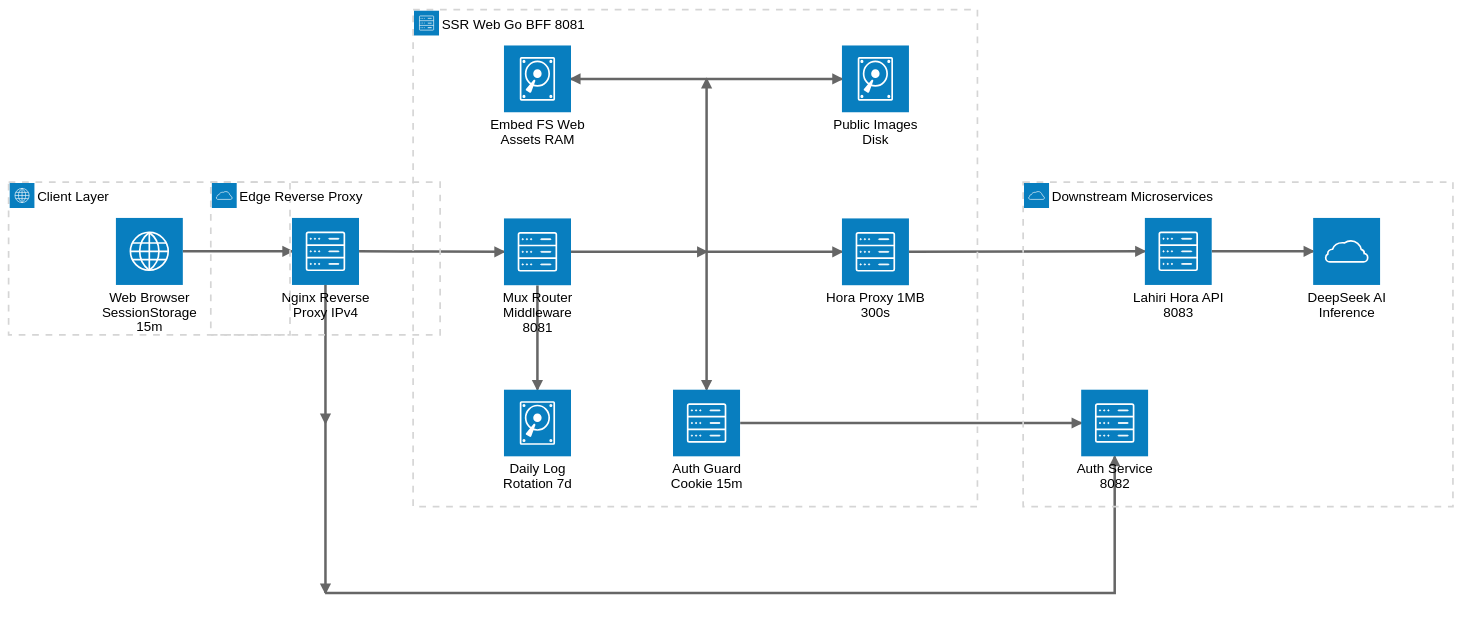
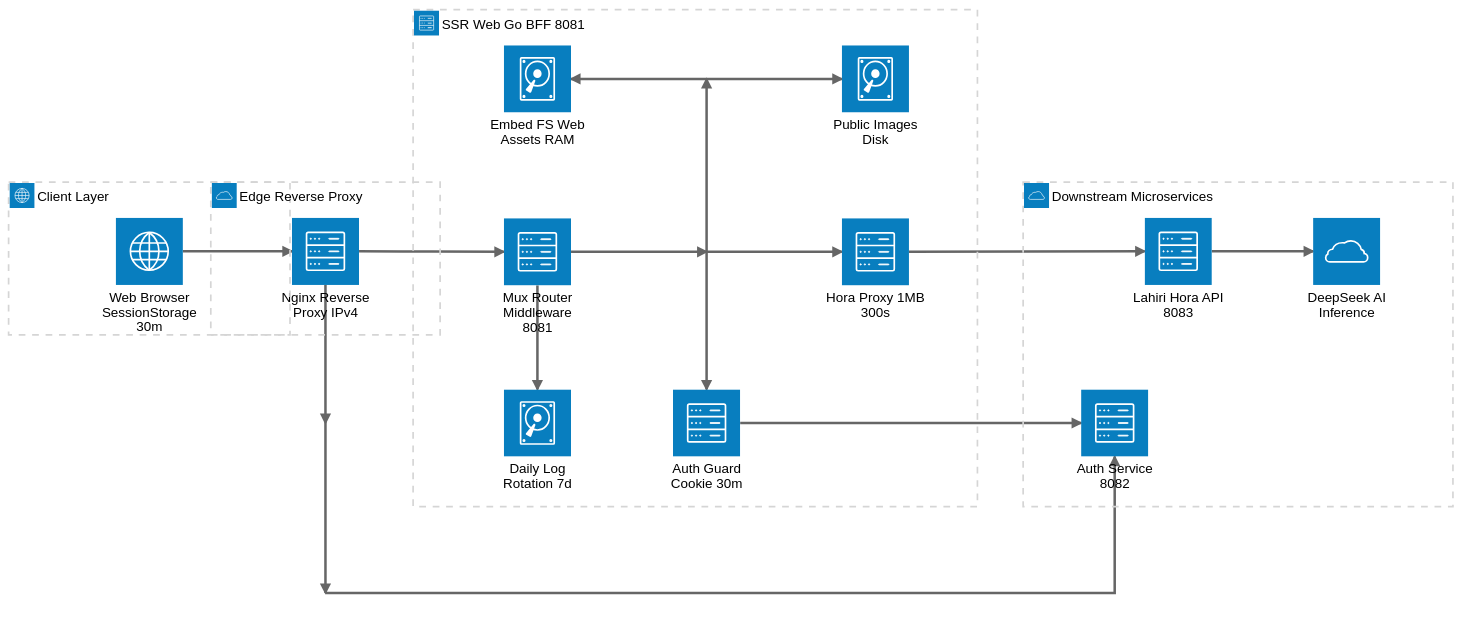
The diagram in ARCHITECTURE.md (thanakrit-promsiri/ssr-web), drawn with Mermaid (neutral theme) before and after one commit. The commit also changed other lines of this file and 7 other files, not shown here.

First line of the commit message:
feat(auth): extend session cookie and sessionStorage TTL to 30 minutes

````diff
--- a/ARCHITECTURE.md
+++ b/ARCHITECTURE.md
@@ -9,46 +9,46 @@
 ```mermaid
 architecture-beta
     group client_tier(internet)[Client Layer]
     group edge_tier(cloud)[Edge Reverse Proxy]
     group ssr_tier(server)[SSR Web Go BFF 8081]
     group backend_tier(cloud)[Downstream Microservices]
 
-    service browser(internet)[Web Browser SessionStorage 15m] in client_tier
+    service browser(internet)[Web Browser SessionStorage 30m] in client_tier
     service nginx(server)[Nginx Reverse Proxy IPv4] in edge_tier
 
     service router(server)[Mux Router Middleware 8081] in ssr_tier
     service embed_fs(disk)[Embed FS Web Assets RAM] in ssr_tier
     service disk_public(disk)[Public Images Disk] in ssr_tier
     service daily_logs(disk)[Daily Log Rotation 7d] in ssr_tier
     service hora_proxy(server)[Hora Proxy 1MB 300s] in ssr_tier
-    service auth_guard(server)[Auth Guard Cookie 15m] in ssr_tier
+    service auth_guard(server)[Auth Guard Cookie 30m] in ssr_tier
 
     junction j_ssr in ssr_tier
     junction j_assets in ssr_tier
     junction j_nginx_api
     junction j_api_route
 
     service hora_svc(server)[Lahiri Hora API 8083] in backend_tier
     service deepseek_ai(cloud)[DeepSeek AI Inference] in backend_tier
     service auth_svc(server)[Auth Service 8082] in backend_tier
 
     browser:R --> L:nginx
     nginx:R --> L:router
     router:B --> T:daily_logs
     router:R --> L:j_ssr
 
     j_ssr:T --> B:j_assets
     j_assets:L --> R:embed_fs
     j_assets:R --> L:disk_public
 
     j_ssr:R --> L:hora_proxy
     j_ssr:B --> T:auth_guard
 
     hora_proxy:R --> L:hora_svc
     hora_svc:R --> L:deepseek_ai
     auth_guard:R --> L:auth_svc
 
     nginx:B --> T:j_nginx_api
     j_nginx_api:B --> T:j_api_route
     j_api_route:R --> B:auth_svc
 ```
````
